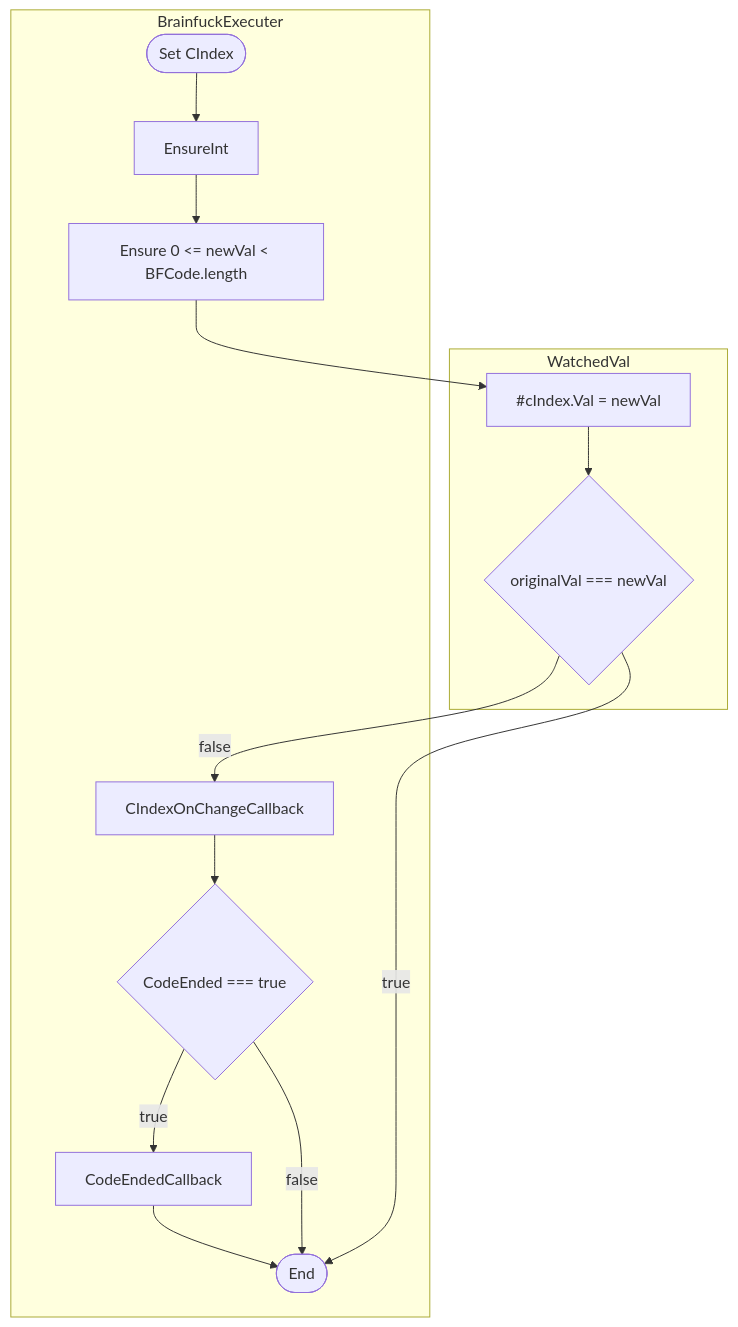
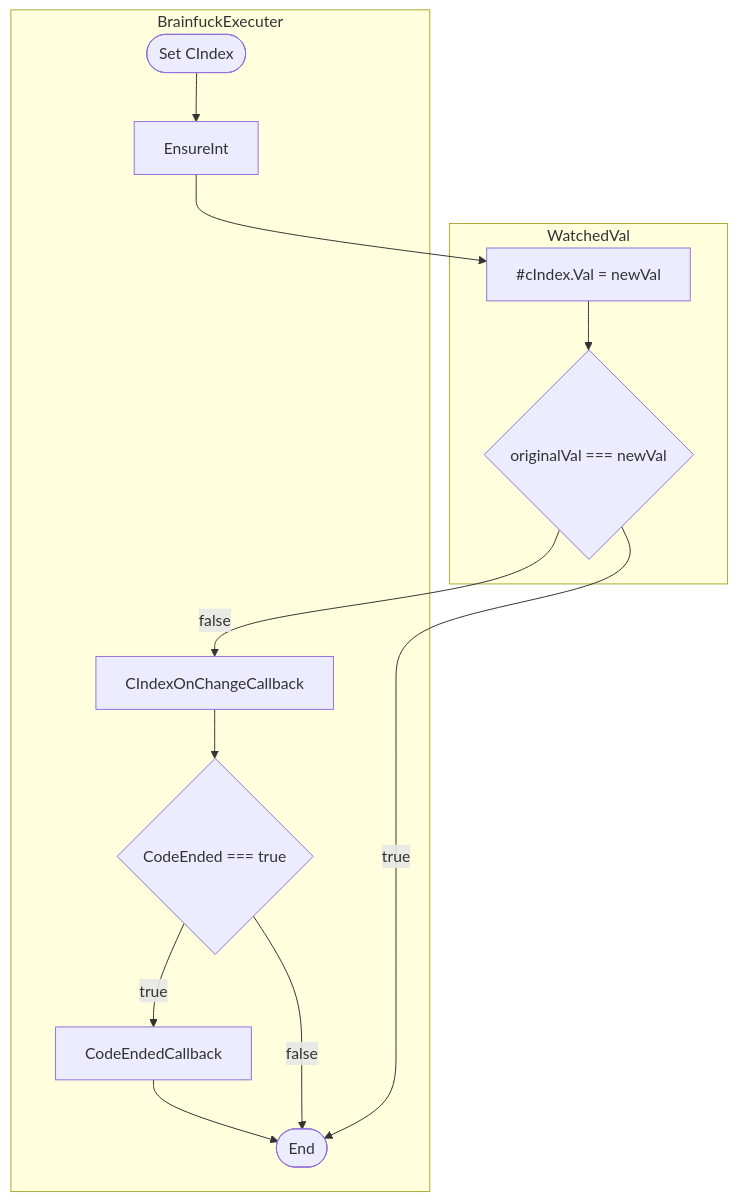
One commit to BCS21090011/BrainFucker changed the fifth of 41 diagrams in Classes_Info/BrainfuckExecuter.md. Above: the diagram before and after it, drawn with Mermaid. The commit also changed 1 other file, not shown here.

Commit message:
Just totally don't care about CIndex being in range, it will only return undefined if not in range.

````diff
--- a/Classes_Info/BrainfuckExecuter.md
+++ b/Classes_Info/BrainfuckExecuter.md
@@ -167,44 +167,41 @@
     ```mermaid
     flowchart TD
 
     subgraph WatchedVal
         SetCIndex[#cIndex.Val = newVal]
         WatchedValCheckSameVal{originalVal === newVal}
     end
 
     subgraph BrainfuckExecuter
         Start([Set CIndex])
         EnsureInt
-        EnsureInRange[Ensure 0 <= newVal < BFCode.length]
         CIndexOnChangeCallback
         IsCodeEnded{CodeEnded === true}
         CodeEndedCallback
         End([End])
     end
 
     Start
     -->
     EnsureInt
-    -->
-    EnsureInRange
     -->
     SetCIndex
     -->
     WatchedValCheckSameVal
     --false-->
     CIndexOnChangeCallback
     -->
     IsCodeEnded
     --true-->
     CodeEndedCallback
     -->
     End
 
     WatchedValCheckSameVal
     --true-->
     End
 
     IsCodeEnded
     --false-->
     End
     ```
````
